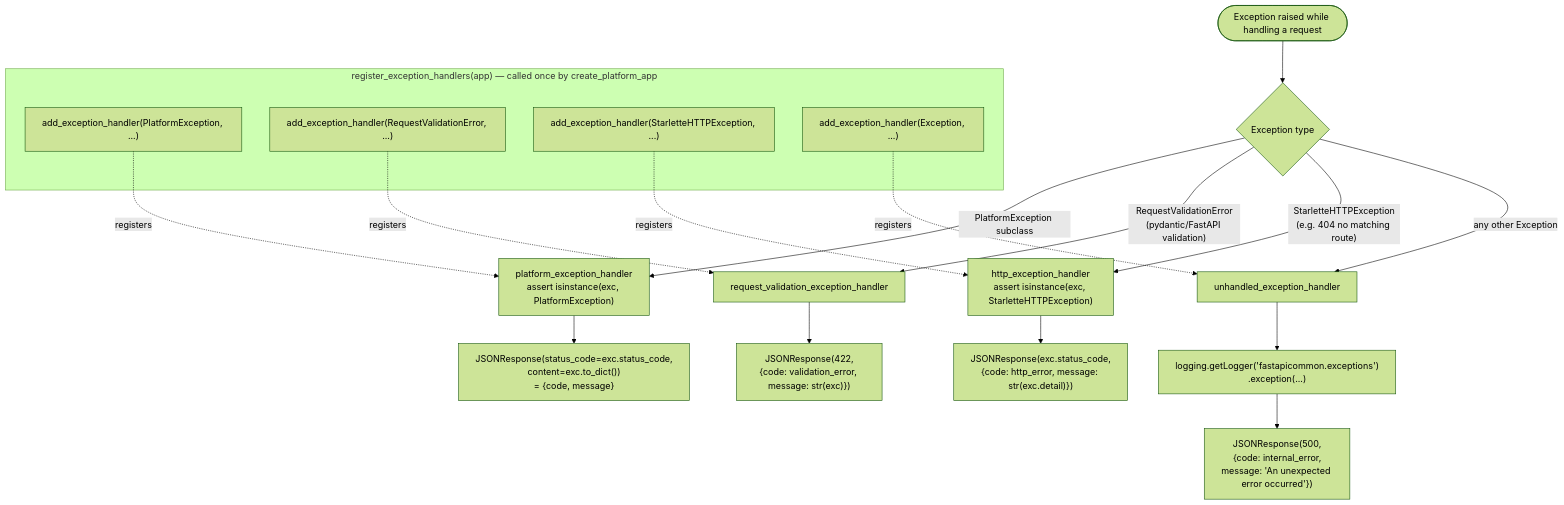
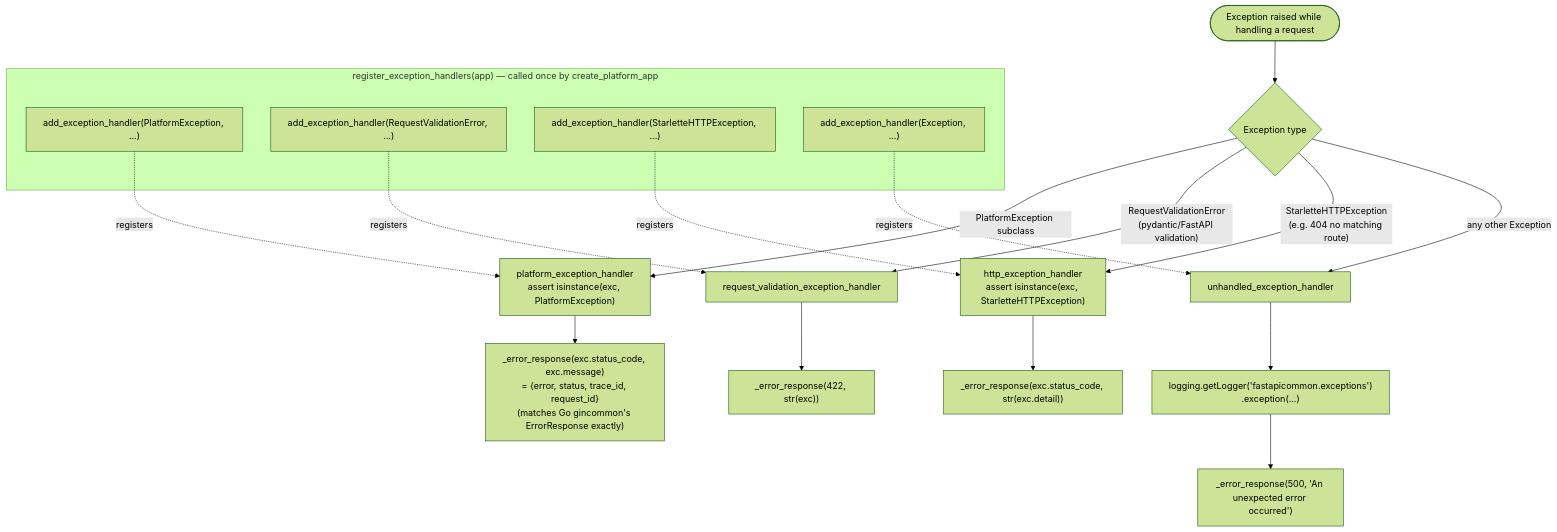
The diagram in docs/architecture/mermaid/exception-handling-flow.mmd (BCBP-SOLUTIONS-FZC-LLC/platform-fastapicommon), drawn with Mermaid (forest theme) before and after one commit. The commit also changed 24 other files, not shown here.

```diff
--- a/docs/architecture/mermaid/exception-handling-flow.mmd
+++ b/docs/architecture/mermaid/exception-handling-flow.mmd
@@ -1,27 +1,27 @@
 flowchart TD
     A(["Exception raised while handling a request"]) --> B{"Exception type"}
 
     B -->|"PlatformException subclass"| C["platform_exception_handler\nassert isinstance(exc, PlatformException)"]
-    C --> D["JSONResponse(status_code=exc.status_code,\ncontent=exc.to_dict())\n= {code, message}"]
+    C --> D["_error_response(exc.status_code, exc.message)\n= {error, status, trace_id, request_id}\n(matches Go gincommon's ErrorResponse exactly)"]
 
     B -->|"RequestValidationError\n(pydantic/FastAPI validation)"| E["request_validation_exception_handler"]
-    E --> F["JSONResponse(422,\n{code: validation_error, message: str(exc)})"]
+    E --> F["_error_response(422, str(exc))"]
 
     B -->|"StarletteHTTPException\n(e.g. 404 no matching route)"| G["http_exception_handler\nassert isinstance(exc, StarletteHTTPException)"]
-    G --> H["JSONResponse(exc.status_code,\n{code: http_error, message: str(exc.detail)})"]
+    G --> H["_error_response(exc.status_code, str(exc.detail))"]
 
     B -->|"any other Exception"| I["unhandled_exception_handler"]
     I --> J["logging.getLogger('fastapicommon.exceptions')\n.exception(...)"]
-    J --> K["JSONResponse(500,\n{code: internal_error,\nmessage: 'An unexpected error occurred'})"]
+    J --> K["_error_response(500, 'An unexpected error occurred')"]
 
     subgraph reg["register_exception_handlers(app) — called once by create_platform_app"]
         R1["add_exception_handler(PlatformException, ...)"]
         R2["add_exception_handler(RequestValidationError, ...)"]
         R3["add_exception_handler(StarletteHTTPException, ...)"]
         R4["add_exception_handler(Exception, ...)"]
     end
 
     R1 -.->|"registers"| C
     R2 -.->|"registers"| E
     R3 -.->|"registers"| G
     R4 -.->|"registers"| I
```
